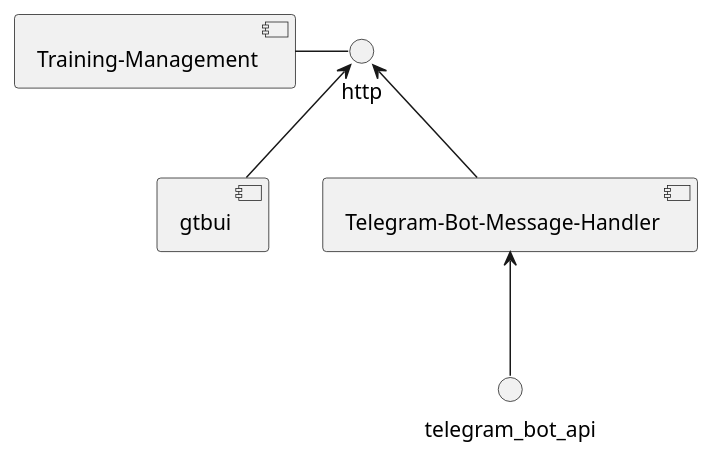
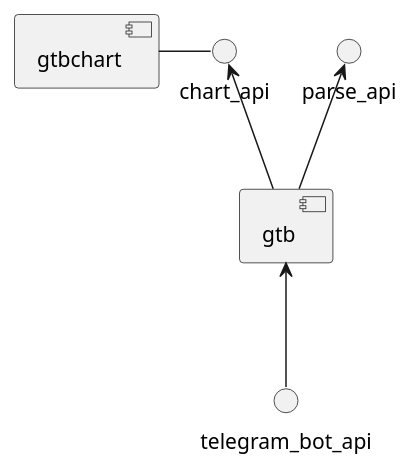
The diagram in doc/components.puml (gunni1/gtb), drawn with PlantUML before and after one commit. The commit also changed 3 other files, not shown here.

```diff
--- a/doc/components.puml
+++ b/doc/components.puml
@@ -1,12 +1,12 @@
 @startuml
 
-[Training-Management] - http
-[gtbui]
-[Telegram-Bot-Message-Handler]
+[gtb]
+[gtbchart] - chart_api
 
-http <-- [gtbui]
-http <-- [Telegram-Bot-Message-Handler]
-[Telegram-Bot-Message-Handler] <-- telegram_bot_api
+
+parse_api <-- [gtb]
+chart_api <-- [gtb]
+[gtb] <-- telegram_bot_api
 
 
 @enduml
```
